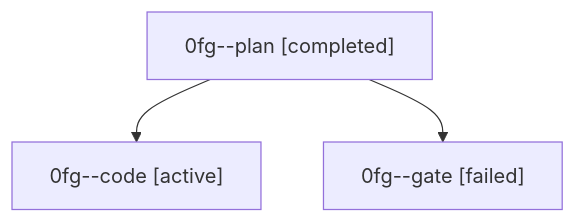
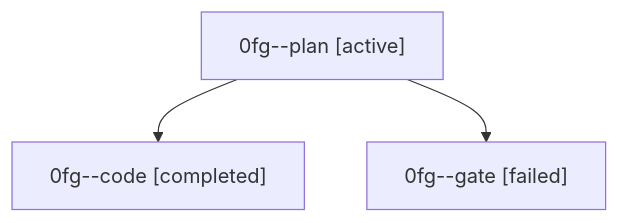
The diagram in families/bbugyi200.athena.0fg.md (bobs-org/bob-cli--agents), drawn with Mermaid before and after one commit. The commit also changed other lines of this file and 1279 other files, not shown here.

````diff
--- a/families/bbugyi200.athena.0fg.md
+++ b/families/bbugyi200.athena.0fg.md
@@ -9,8 +9,8 @@
 ```mermaid
 flowchart TD
-  n0["0fg--plan [completed]"]
-  n1["0fg--code [active]"]
+  n0["0fg--plan [active]"]
+  n1["0fg--code [completed]"]
   n0 --> n1
   n2["0fg--gate [failed]"]
   n0 --> n2
 ```
````
